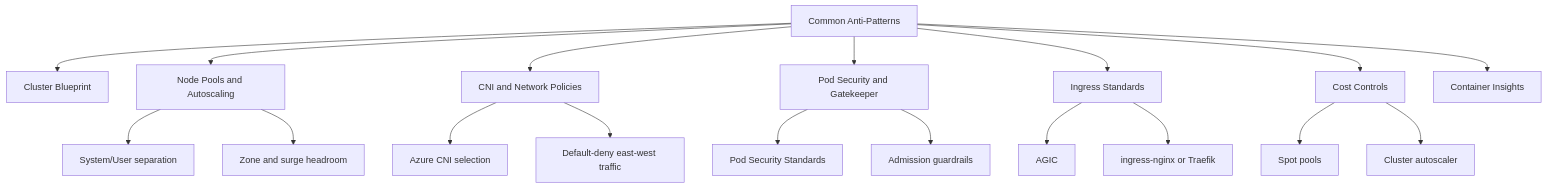
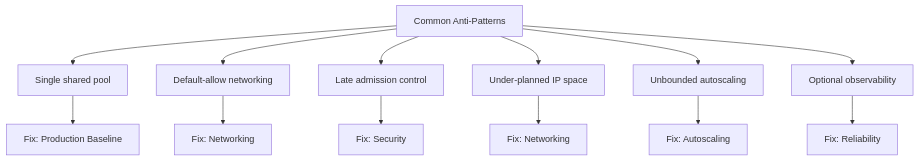
One commit to yeongseon/azure-kubernetes-service-practical-guide changed the diagram in docs/best-practices/common-anti-patterns.md. Above: the diagram before and after it, drawn with Mermaid. The commit also changed other lines of this file, not shown here.

Commit message:
docs: slim common-anti-patterns into a lean anti-pattern router (#16) (#68)

````diff
--- a/docs/best-practices/common-anti-patterns.md
+++ b/docs/best-practices/common-anti-patterns.md
@@ -45,20 +45,15 @@
 ```mermaid
 flowchart TD
-    A[Common Anti-Patterns] --> B[Cluster Blueprint]
-    A --> C[Node Pools and Autoscaling]
-    A --> D[CNI and Network Policies]
-    A --> E[Pod Security and Gatekeeper]
-    A --> F[Ingress Standards]
-    A --> G[Cost Controls]
-    A --> H[Container Insights]
-    C --> C1[System/User separation]
-    C --> C2[Zone and surge headroom]
-    D --> D1[Azure CNI selection]
-    D --> D2[Default-deny east-west traffic]
-    E --> E1[Pod Security Standards]
-    E --> E2[Admission guardrails]
-    F --> F1[AGIC]
-    F --> F2[ingress-nginx or Traefik]
-    G --> G1[Spot pools]
-    G --> G2[Cluster autoscaler]
+    A[Common Anti-Patterns] --> B[Single shared pool]
+    A --> C[Default-allow networking]
+    A --> D[Late admission control]
+    A --> E[Under-planned IP space]
+    A --> F[Unbounded autoscaling]
+    A --> G[Optional observability]
+    B --> B1[Fix: Production Baseline]
+    C --> C1[Fix: Networking]
+    D --> D1[Fix: Security]
+    E --> E1[Fix: Networking]
+    F --> F1[Fix: Autoscaling]
+    G --> G1[Fix: Reliability]
 ```
````
